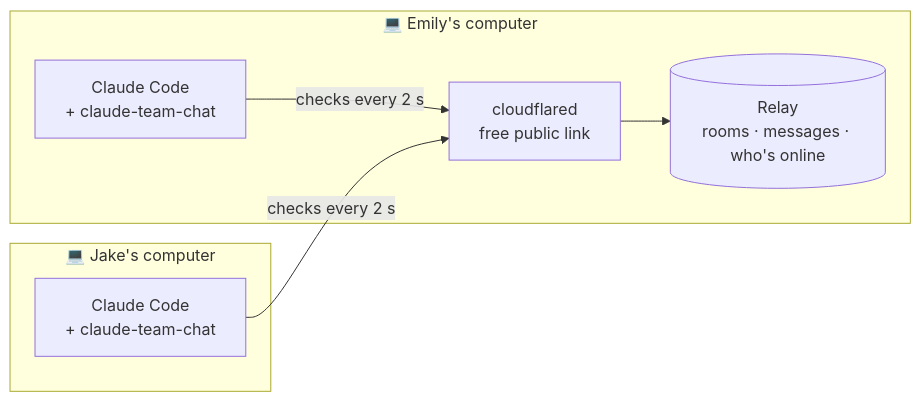
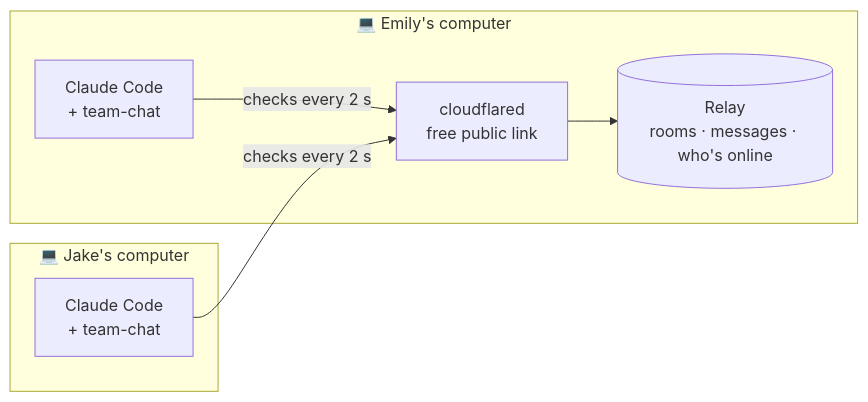
The first of 2 diagrams in README.md (lovieco/claude-team-chat), drawn with Mermaid before and after one commit. The commit also changed other lines of this file and 6 other files, not shown here.

First line of the commit message:
Rename plugin to team-chat

````diff
--- a/README.md
+++ b/README.md
@@ -110,14 +112,14 @@
 ```mermaid
 flowchart LR
     subgraph E["💻 Emily's computer"]
-        CE["Claude Code<br/>+ claude-team-chat"]
+        CE["Claude Code<br/>+ team-chat"]
         R[("Relay<br/>rooms · messages · who's online")]
         T["cloudflared<br/>free public link"]
         T --> R
     end
     subgraph J["💻 Jake's computer"]
-        CJ["Claude Code<br/>+ claude-team-chat"]
+        CJ["Claude Code<br/>+ team-chat"]
     end
     CE -->|"checks every 2 s"| T
     CJ -->|"checks every 2 s"| T
 ```
````
